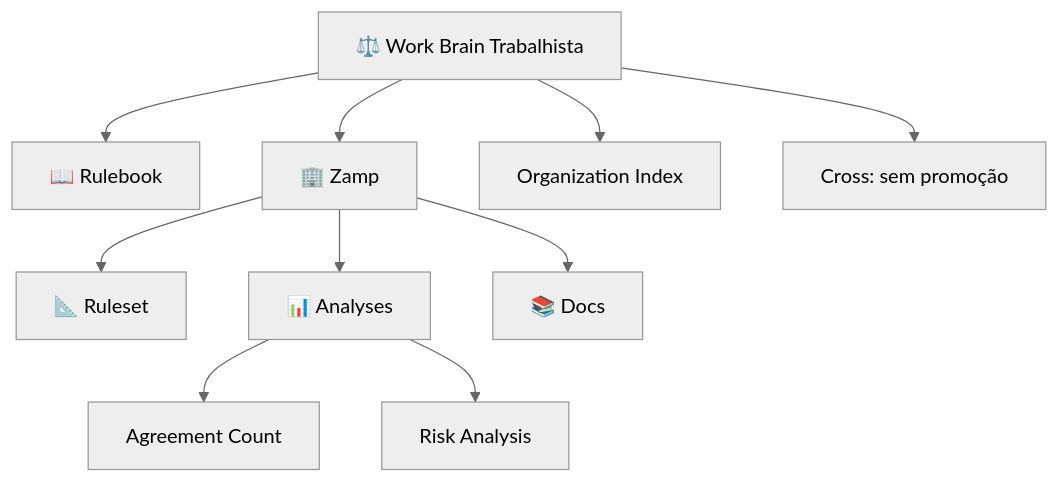
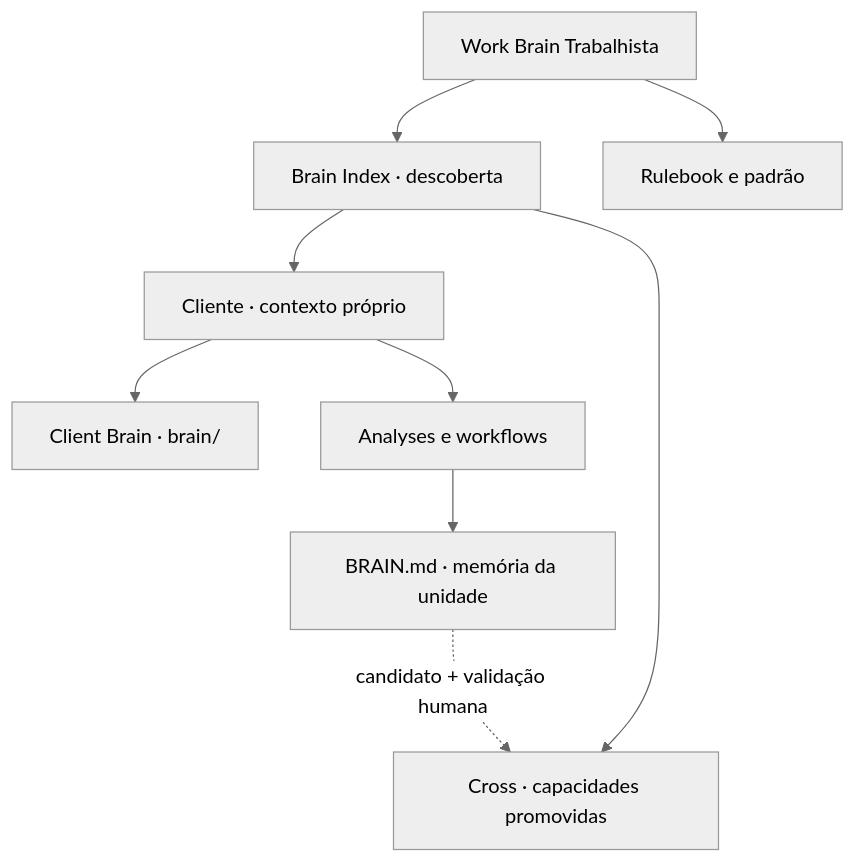
The diagram in profile/README.md (Work-brain-Trabalhista/.github), drawn with Mermaid (neutral theme) before and after one commit. The commit also changed other lines of this file and 2 other files, not shown here.

Commit message:
[brain] present v2 architecture on organization profile

````diff
--- a/profile/README.md
+++ b/profile/README.md
@@ -488,17 +13,11 @@
 ```mermaid
 flowchart TD
-    HOME["⚖️ Work Brain Trabalhista"]
-
-    HOME --> RULEBOOK["📖 Rulebook"]
-
-    HOME --> ZAMP["🏢 Zamp"]
-    HOME --> INDEX["Organization Index"]
-    HOME --> CROSS["Cross: sem promoção"]
-
-    ZAMP --> ZR["📐 Ruleset"]
-    ZAMP --> ZA["📊 Analyses"]
-    ZAMP --> ZD["📚 Docs"]
-
-    ZA --> ZA1["Agreement Count"]
-    ZA --> ZA2["Risk Analysis"]
+    ORG["Work Brain Trabalhista"] --> INDEX["Brain Index · descoberta"]
+    ORG --> STANDARD["Rulebook e padrão"]
+    INDEX --> CLIENT["Cliente · contexto próprio"]
+    CLIENT --> MEMORY["Client Brain · brain/"]
+    CLIENT --> UNITS["Analyses e workflows"]
+    UNITS --> BRAIN["BRAIN.md · memória da unidade"]
+    INDEX --> CROSS["Cross · capacidades promovidas"]
+    BRAIN -. "candidato + validação humana" .-> CROSS
 ```
````
